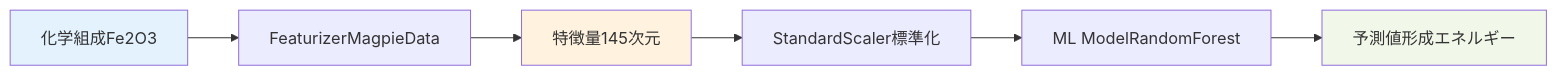
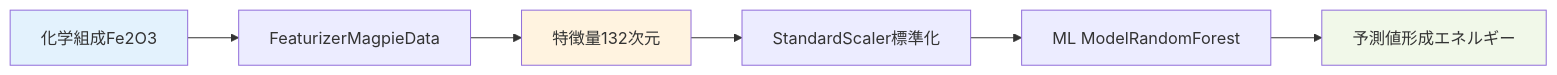
Before and after one commit to YusukeHashimotoLab/AI-Knowledge-Notes: the diagram in knowledge/jp/MI/composition-features-introduction/chapter-4.md, drawn with Mermaid. The commit also changed other lines of this file and 723 other files, not shown here.

````diff
--- a/knowledge/jp/MI/composition-features-introduction/chapter-4.md
+++ b/knowledge/jp/MI/composition-features-introduction/chapter-4.md
@@ -35,11 +35,11 @@
     ```mermaid
     graph LR
                     A[化学組成Fe2O3] --> B[FeaturizerMagpieData]
-                    B --> C[特徴量145次元]
+                    B --> C[特徴量132次元]
                     C --> D[StandardScaler標準化]
                     D --> E[ML ModelRandomForest]
                     E --> F[予測値形成エネルギー]
                     style A fill:#e3f2fd
                     style C fill:#fff3e0
                     style F fill:#f1f8e9
     ```
````
